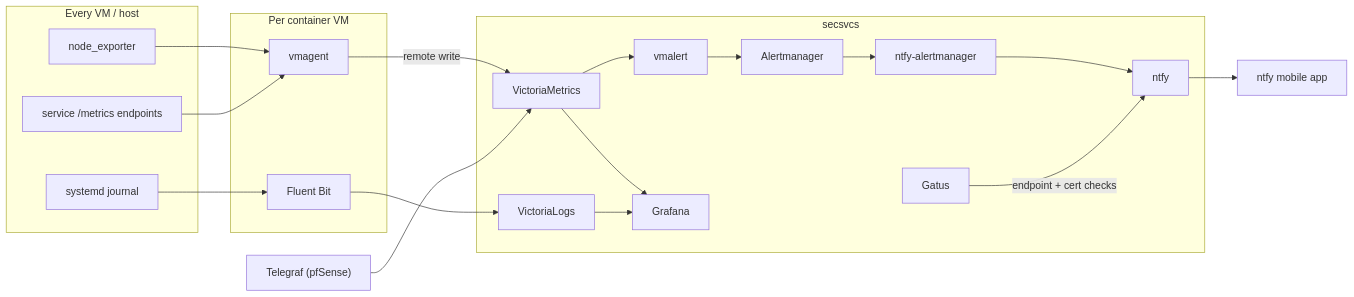
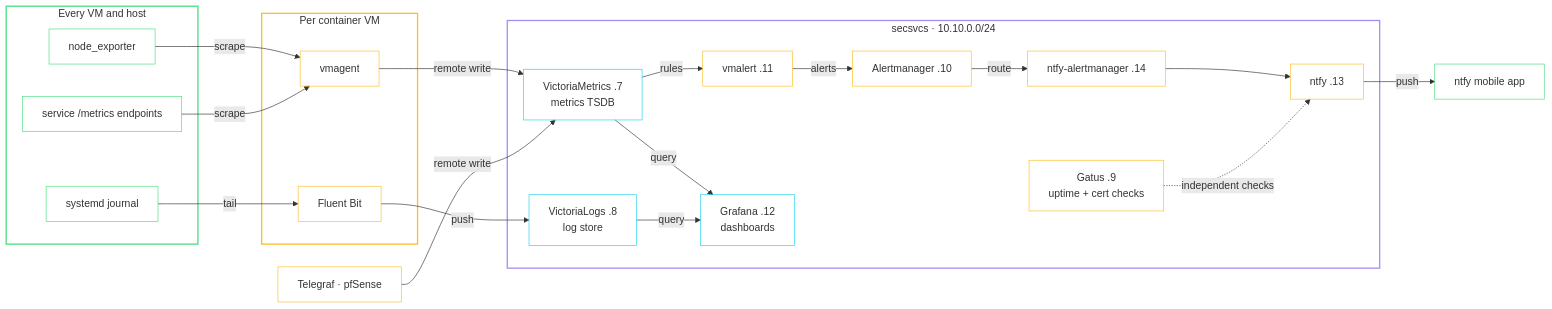
The diagram in docs/services.md (babraham123/homelab), drawn with Mermaid before and after one commit. The commit also changed 4 other files, not shown here.

Commit message:
improve diagrams in docs/

````diff
--- a/docs/services.md
+++ b/docs/services.md
@@ -91,35 +91,53 @@
 ```mermaid
 flowchart LR
-    subgraph nodes["Every VM / host"]
+    subgraph sources["Every VM and host"]
         ne["node_exporter"]
         sm["service /metrics endpoints"]
         jd["systemd journal"]
     end
-    tg["Telegraf (pfSense)"]
+
+    tg["Telegraf · pfSense"]
+
     subgraph agents["Per container VM"]
         vmagent["vmagent"]
         fb["Fluent Bit"]
     end
-    subgraph sec["secsvcs"]
-        vm["VictoriaMetrics"]
-        vl["VictoriaLogs"]
-        va["vmalert"]
-        am["Alertmanager"]
-        nam["ntfy-alertmanager"]
-        ntfy["ntfy"]
-        graf["Grafana"]
-        gatus["Gatus"]
+
+    subgraph sec["secsvcs · 10.10.0.0/24"]
+        vm["VictoriaMetrics .7<br/>metrics TSDB"]
+        vl["VictoriaLogs .8<br/>log store"]
+        va["vmalert .11"]
+        am["Alertmanager .10"]
+        nam["ntfy-alertmanager .14"]
+        ntfy["ntfy .13"]
+        graf["Grafana .12<br/>dashboards"]
+        gatus["Gatus .9<br/>uptime + cert checks"]
     end
+
     phone["ntfy mobile app"]
 
-    ne --> vmagent
-    sm --> vmagent
-    jd --> fb
-    vmagent -- remote write --> vm
-    tg --> vm
-    fb --> vl
-    vm --> va --> am --> nam --> ntfy --> phone
-    vm --> graf
-    vl --> graf
-    gatus -- endpoint + cert checks --> ntfy
+    ne -- "scrape" --> vmagent
+    sm -- "scrape" --> vmagent
+    jd -- "tail" --> fb
+    vmagent -- "remote write" --> vm
+    tg -- "remote write" --> vm
+    fb -- "push" --> vl
+    vm -- "rules" --> va
+    va -- "alerts" --> am
+    am -- "route" --> nam
+    nam --> ntfy
+    ntfy -- "push" --> phone
+    vm -- "query" --> graf
+    vl -- "query" --> graf
+    gatus -. "independent checks" .-> ntfy
+
+    style sources stroke:#4ade80,stroke-width:2px,fill:transparent
+    style agents stroke:#fbbf24,stroke-width:2px,fill:transparent
+    style sec stroke:#a78bfa,stroke-width:2px,fill:transparent
+    classDef src stroke:#4ade80,fill:transparent
+    classDef agent stroke:#fbbf24,fill:transparent
+    classDef data stroke:#22d3ee,fill:transparent
+    class ne,sm,jd,phone src
+    class tg,vmagent,fb,va,am,nam,ntfy,gatus agent
+    class vm,vl,graf data
 ```
````
